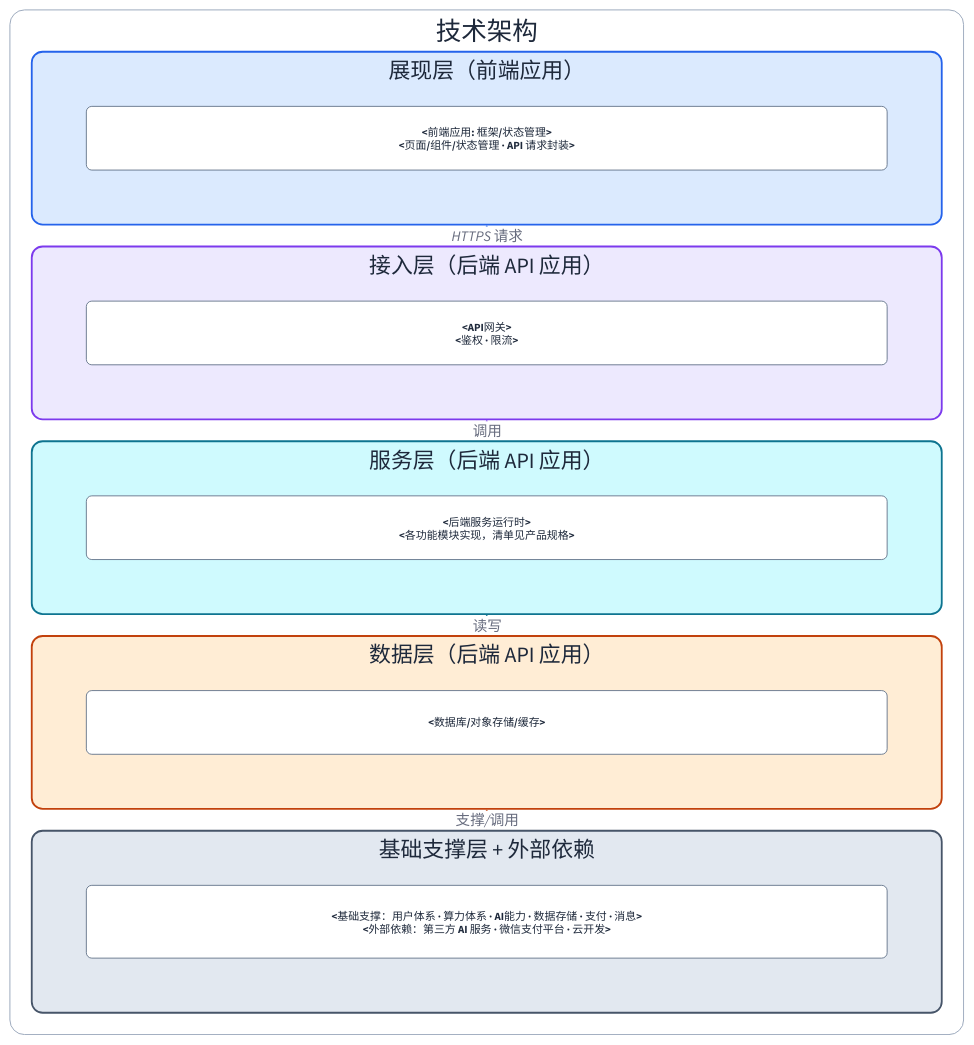
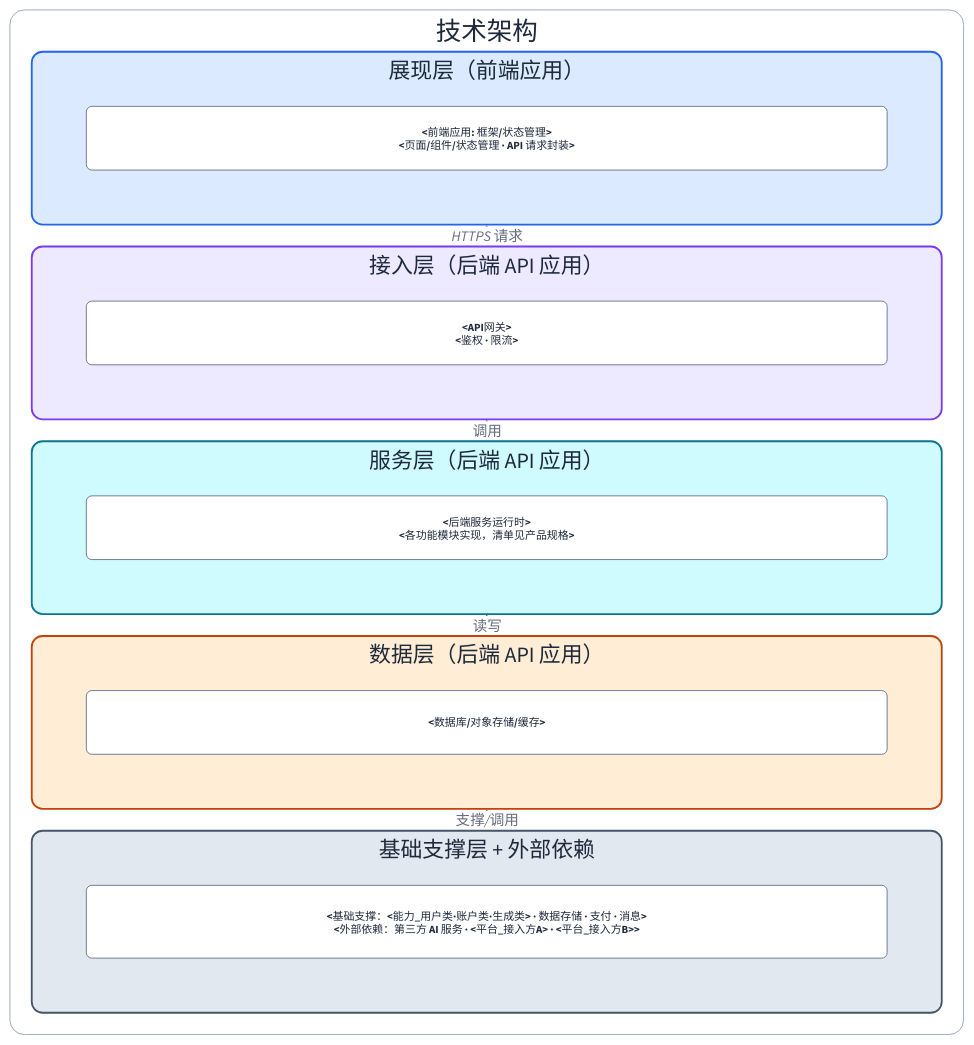
One commit to syllr/skills changed the diagram in skills/doc-arch-rules/references/templates/L2/TECHNOLOGY-ARCHITECTURE.template.md. Above: the diagram before and after it, drawn with D2. The commit also changed other lines of this file and 11 other files, not shown here.

```diff
--- a/skills/doc-arch-rules/references/templates/L2/TECHNOLOGY-ARCHITECTURE.template.md
+++ b/skills/doc-arch-rules/references/templates/L2/TECHNOLOGY-ARCHITECTURE.template.md
@@ -139,7 +139,7 @@
     style.stroke-width: 2
     style.border-radius: 12
     grid-columns: 1
-    t5: { label: "<基础支撑：用户体系 · 算力体系 · AI能力 · 数据存储 · 支付 · 消息>\n<外部依赖：第三方 AI 服务 · 微信支付平台 · 云开发>"; width: 880; height: 80; class: mod }
+    t5: { label: "<基础支撑：<能力_用户类·账户类·生成类> · 数据存储 · 支付 · 消息>\n<外部依赖：第三方 AI 服务 · <平台_接入方A> · <平台_接入方B>>"; width: 880; height: 80; class: mod }
   }
 }
 
```
